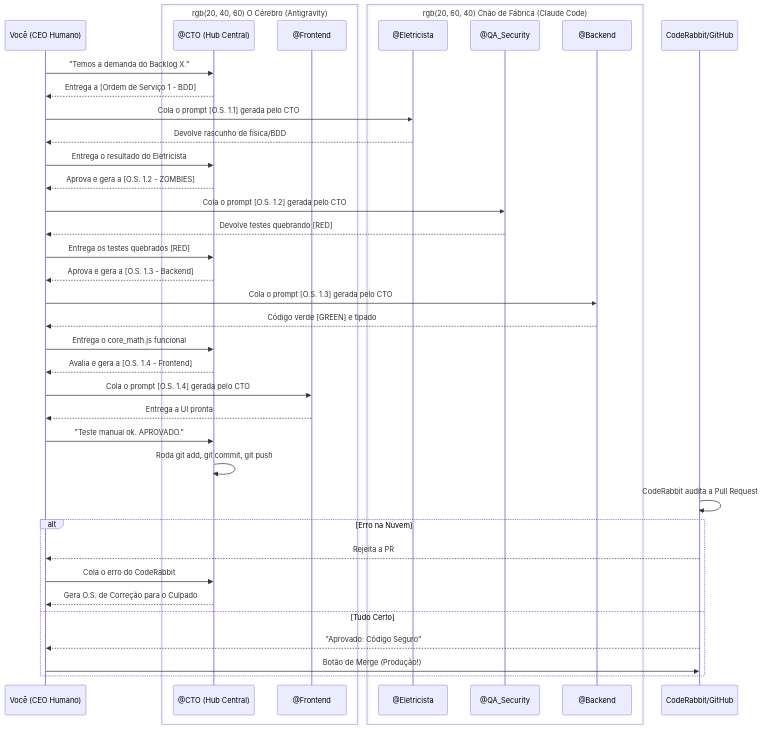
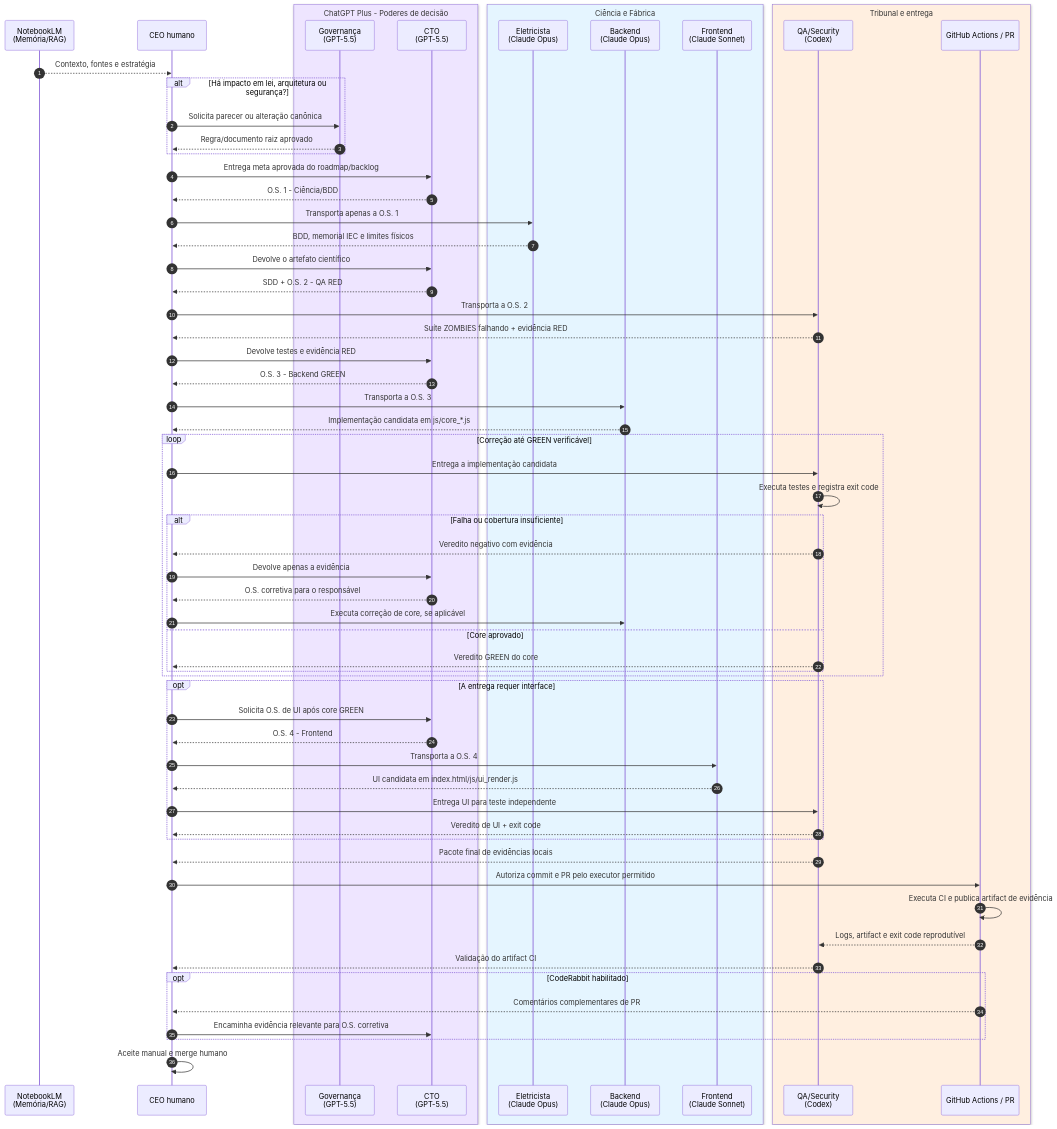
Before and after one commit to ThiagoKenoblauFritsche/AmpAI: the diagram in docs/AmpAI_OS_Workflow.md, drawn with Mermaid. The commit also changed other lines of this file and 18 other files, not shown here.

````diff
--- a/docs/AmpAI_OS_Workflow.md
+++ b/docs/AmpAI_OS_Workflow.md
@@ -5,55 +13,72 @@
 ```mermaid
 sequenceDiagram
-    participant CEO as Você (CEO Humano)
-    box rgb(20, 40, 60) O Cérebro (Antigravity)
-        participant CTO as @CTO (Hub Central)
-        participant Frontend as @Frontend
+    autonumber
+    participant NLM as NotebookLM<br/>(Memória/RAG)
+    participant CEO as CEO humano
+    box rgb(238, 229, 255) ChatGPT Plus - Poderes de decisão
+        participant GOV as Governança<br/>(GPT-5.5)
+        participant CTO as CTO<br/>(GPT-5.5)
     end
-    box rgb(20, 60, 40) Chão de Fábrica (Claude Code)
-        participant Cientista as @Eletricista
-        participant QA as @QA_Security
-        participant Backend as @Backend
+    box rgb(229, 245, 255) Ciência e Fábrica
+        participant ELE as Eletricista<br/>(Claude Opus)
+        participant BE as Backend<br/>(Claude Opus)
+        participant FE as Frontend<br/>(Claude Sonnet)
     end
-    participant Nuvem as CodeRabbit/GitHub
-    
-    %% Inicialização
-    CEO->>CTO: "Temos a demanda do Backlog X."
-    CTO-->>CEO: Entrega a [Ordem de Serviço 1 - BDD]
-    
-    %% Fase 3: Ciência
-    CEO->>Cientista: Cola o prompt [O.S. 1.1] gerada pelo CTO
-    Cientista-->>CEO: Devolve rascunho de física/BDD
-    CEO->>CTO: Entrega o resultado do Eletricista
-    CTO-->>CEO: Aprova e gera a [O.S. 1.2 - ZOMBIES]
-    
-    %% Fase 4: QA (TDD Red)
-    CEO->>QA: Cola o prompt [O.S. 1.2] gerada pelo CTO
-    QA-->>CEO: Devolve testes quebrando [RED]
-    CEO->>CTO: Entrega os testes quebrados [RED]
-    CTO-->>CEO: Aprova e gera a [O.S. 1.3 - Backend]
-    
-    %% Fase 5: Backend (TDD Green)
-    CEO->>Backend: Cola o prompt [O.S. 1.3] gerada pelo CTO
-    Backend-->>CEO: Código verde [GREEN] e tipado
-    CEO->>CTO: Entrega o core_math.js funcional
-    CTO-->>CEO: Avalia e gera a [O.S. 1.4 - Frontend]
-    
-    %% Fase 6: Frontend
-    CEO->>Frontend: Cola o prompt [O.S. 1.4] gerada pelo CTO
-    Frontend-->>CEO: Entrega a UI pronta
-    
-    %% Fase 7: O Commit do CTO
-    CEO->>CTO: "Teste manual ok. APROVADO."
-    CTO->>CTO: Roda git add, git commit, git push
-    
-    %% Fase 8: A Muralha da Nuvem
-    Nuvem->>Nuvem: CodeRabbit audita a Pull Request
-    alt Erro na Nuvem
-        Nuvem-->>CEO: Rejeita a PR
-        CEO->>CTO: Cola o erro do CodeRabbit
-        CTO-->>CEO: Gera O.S. de Correção para o Culpado
-    else Tudo Certo
-        Nuvem-->>CEO: "Aprovado: Código Seguro"
-        CEO->>Nuvem: Botão de Merge (Produção!)
+    box rgb(255, 239, 224) Tribunal e entrega
+        participant QA as QA/Security<br/>(Codex)
+        participant GH as GitHub Actions / PR
     end
+
+    NLM-->>CEO: Contexto, fontes e estratégia
+    alt Há impacto em lei, arquitetura ou segurança?
+        CEO->>GOV: Solicita parecer ou alteração canônica
+        GOV-->>CEO: Regra/documento raiz aprovado
+    end
+
+    CEO->>CTO: Entrega meta aprovada do roadmap/backlog
+    CTO-->>CEO: O.S. 1 - Ciência/BDD
+    CEO->>ELE: Transporta apenas a O.S. 1
+    ELE-->>CEO: BDD, memorial IEC e limites físicos
+    CEO->>CTO: Devolve o artefato científico
+    CTO-->>CEO: SDD + O.S. 2 - QA RED
+
+    CEO->>QA: Transporta a O.S. 2
+    QA-->>CEO: Suíte ZOMBIES falhando + evidência RED
+    CEO->>CTO: Devolve testes e evidência RED
+    CTO-->>CEO: O.S. 3 - Backend GREEN
+    CEO->>BE: Transporta a O.S. 3
+    BE-->>CEO: Implementação candidata em js/core_*.js
+
+    loop Correção até GREEN verificável
+        CEO->>QA: Entrega a implementação candidata
+        QA->>QA: Executa testes e registra exit code
+        alt Falha ou cobertura insuficiente
+            QA-->>CEO: Veredito negativo com evidência
+            CEO->>CTO: Devolve apenas a evidência
+            CTO-->>CEO: O.S. corretiva para o responsável
+            CEO->>BE: Executa correção de core, se aplicável
+        else Core aprovado
+            QA-->>CEO: Veredito GREEN do core
+        end
+    end
+
+    opt A entrega requer interface
+        CEO->>CTO: Solicita O.S. de UI após core GREEN
+        CTO-->>CEO: O.S. 4 - Frontend
+        CEO->>FE: Transporta a O.S. 4
+        FE-->>CEO: UI candidata em index.html/js/ui_render.js
+        CEO->>QA: Entrega UI para teste independente
+        QA-->>CEO: Veredito de UI + exit code
+    end
+
+    QA-->>CEO: Pacote final de evidências locais
+    CEO->>GH: Autoriza commit e PR pelo executor permitido
+    GH->>GH: Executa CI e publica artifact de evidência
+    GH-->>QA: Logs, artifact e exit code reprodutível
+    QA-->>CEO: Validação do artifact CI
+    opt CodeRabbit habilitado
+        GH-->>CEO: Comentários complementares de PR
+        CEO->>CTO: Encaminha evidência relevante para O.S. corretiva
+    end
+    CEO->>CEO: Aceite manual e merge humano
 ```
````
